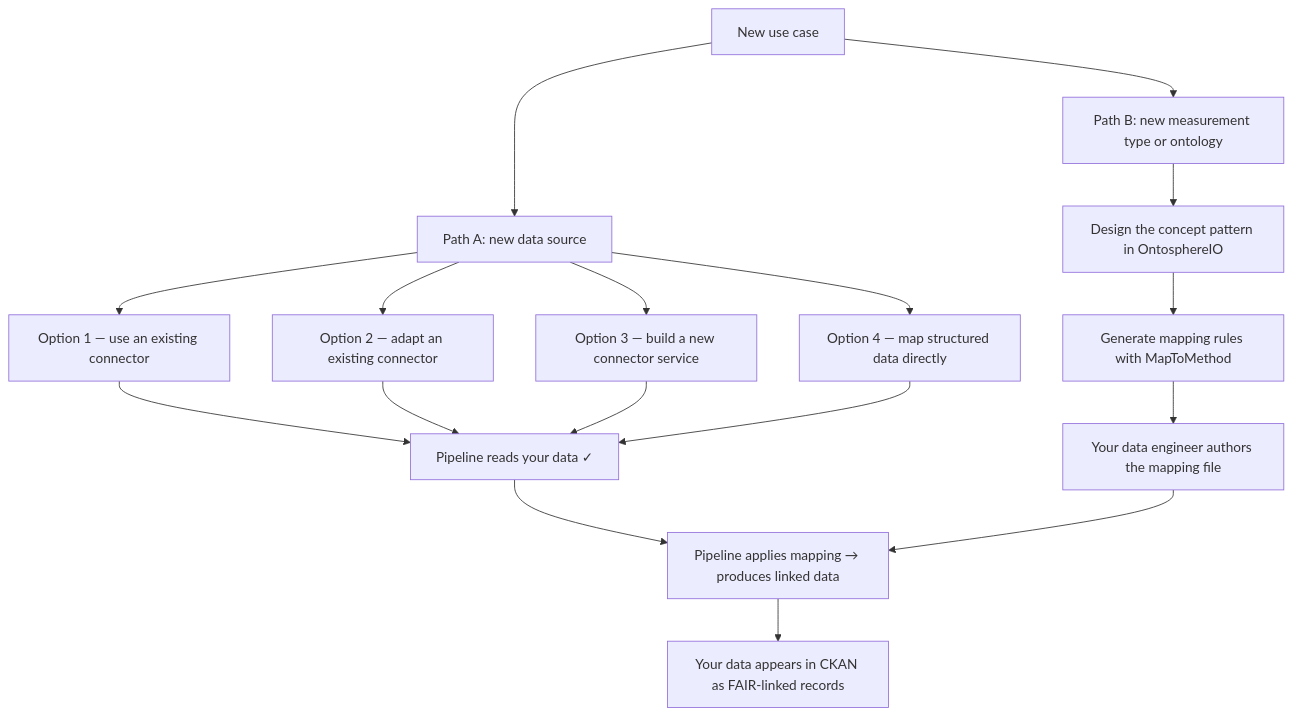
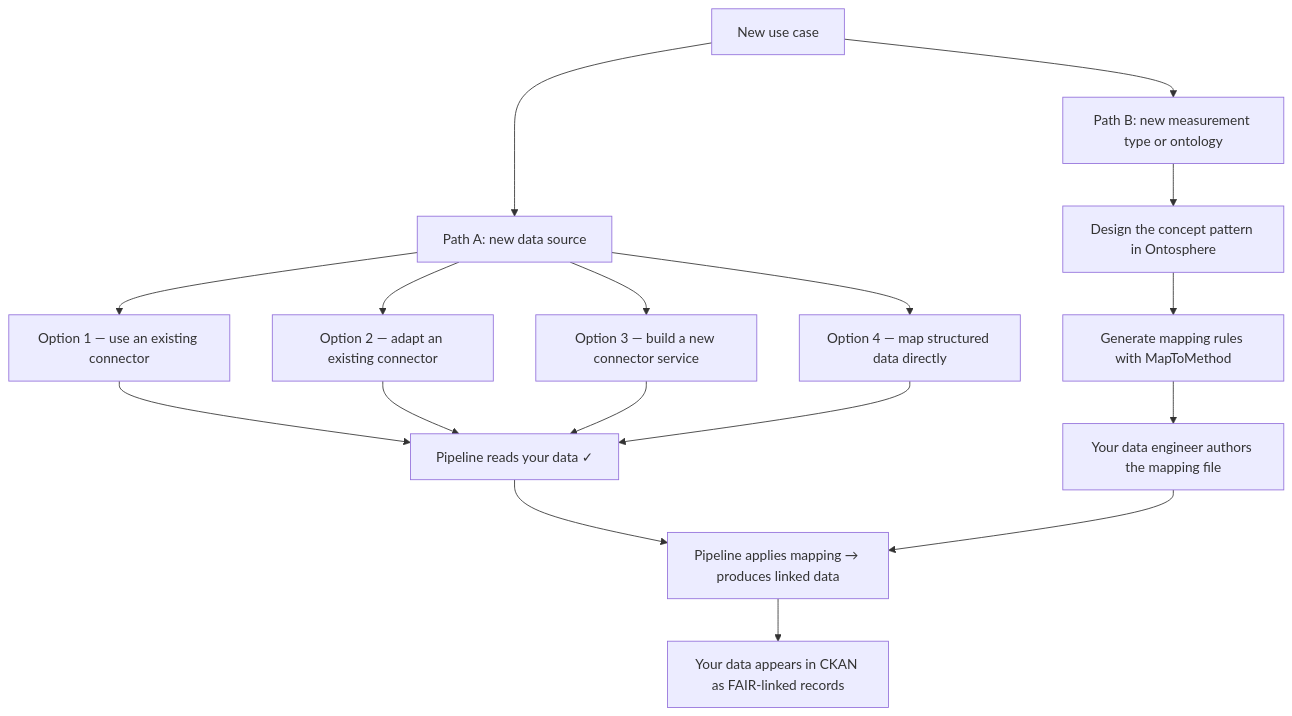
The diagram in docs/guides/add-a-use-case.md (Mat-O-Lab/DataPipeline), drawn with Mermaid before and after one commit. The commit also changed other lines of this file and 3 other files, not shown here.

````diff
--- a/docs/guides/add-a-use-case.md
+++ b/docs/guides/add-a-use-case.md
@@ -26,24 +26,24 @@
 ```mermaid
 flowchart TD
     UC[New use case] --> SA[Path A: new data source]
     UC --> SB[Path B: new measurement type or ontology]
 
     SA --> SA1[Option 1 — use an existing connector]
     SA --> SA2[Option 2 — adapt an existing connector]
     SA --> SA3[Option 3 — build a new connector service]
     SA --> SA4[Option 4 — map structured data directly]
 
     SA1 --> OUT1[Pipeline reads your data ✓]
     SA2 --> OUT1
     SA3 --> OUT1
     SA4 --> OUT1
 
-    SB --> SB1[Design the concept pattern in OntosphereIO]
+    SB --> SB1[Design the concept pattern in Ontosphere]
     SB1 --> SB2[Generate mapping rules with MapToMethod]
     SB2 --> SB3[Your data engineer authors the mapping file]
 
     OUT1 --> CHAIN[Pipeline applies mapping → produces linked data]
     SB3 --> CHAIN
 
     CHAIN --> OUT[Your data appears in CKAN as FAIR-linked records]
 ```
````
